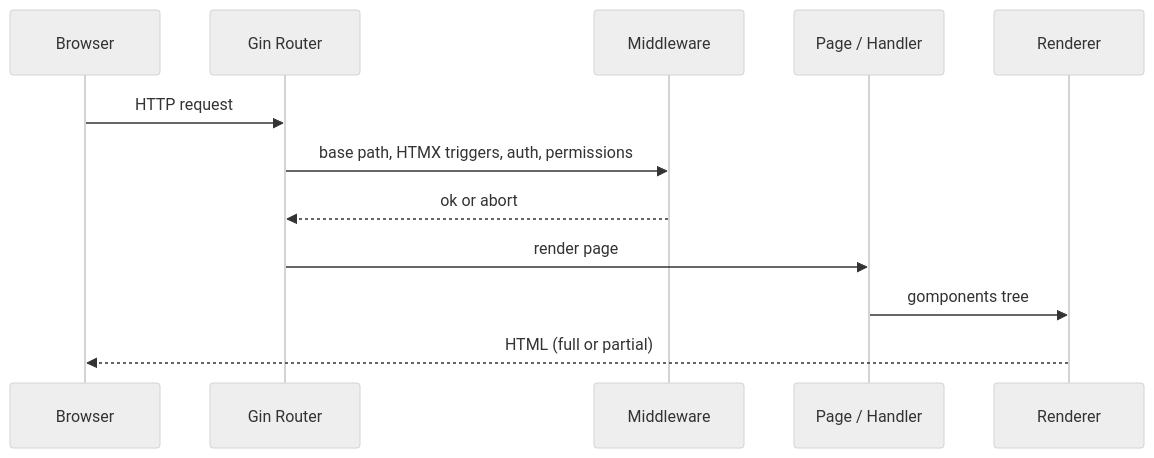
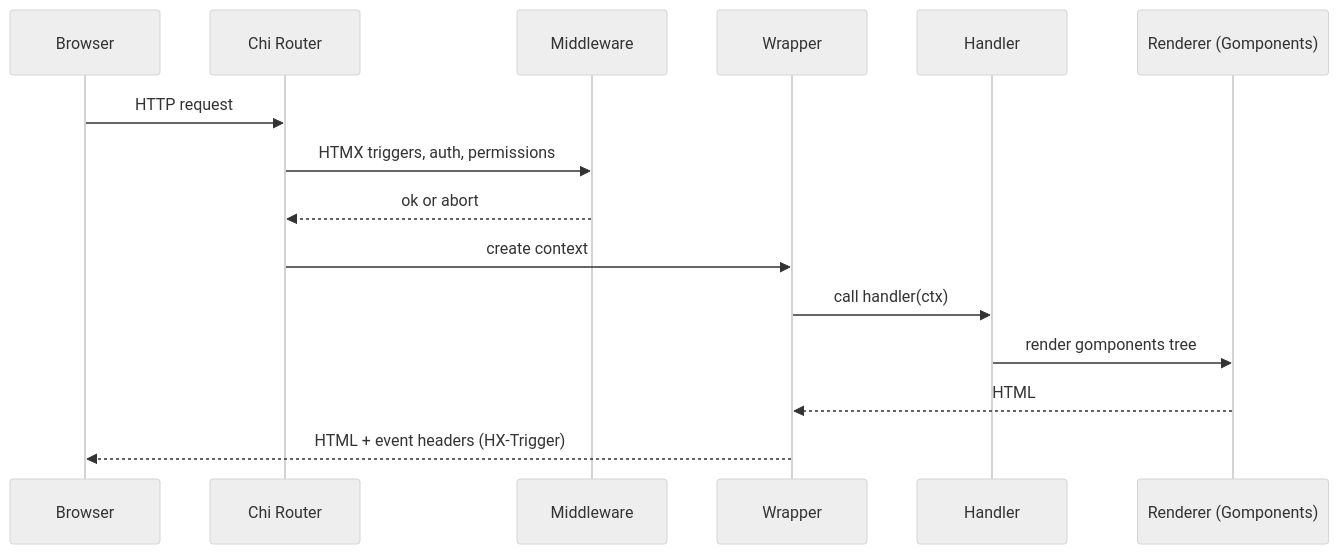
One commit to AxelRHD/hagg changed the first of 3 diagrams in ARCHITECTURE.md. Above: the diagram before and after it, drawn with Mermaid (neutral theme). The commit also changed other lines of this file and 2 other files, not shown here.

First line of the commit message:
Update documentation for new architecture (Chi, surreal.js, Tailwind)

````diff
--- a/ARCHITECTURE.md
+++ b/ARCHITECTURE.md
@@ -53,15 +60,18 @@
 ```mermaid
 sequenceDiagram
     participant B as Browser
-    participant G as Gin Router
+    participant C as Chi Router
     participant M as Middleware
-    participant P as Page / Handler
-    participant R as Renderer
+    participant W as Wrapper
+    participant H as Handler
+    participant R as Renderer (Gomponents)
 
-    B->>G: HTTP request
-    G->>M: base path, HTMX triggers, auth, permissions
-    M-->>G: ok or abort
-    G->>P: render page
-    P->>R: gomponents tree
-    R-->>B: HTML (full or partial)
+    B->>C: HTTP request
+    C->>M: HTMX triggers, auth, permissions
+    M-->>C: ok or abort
+    C->>W: create context
+    W->>H: call handler(ctx)
+    H->>R: render gomponents tree
+    R-->>W: HTML
+    W-->>B: HTML + event headers (HX-Trigger)
 ```
````
